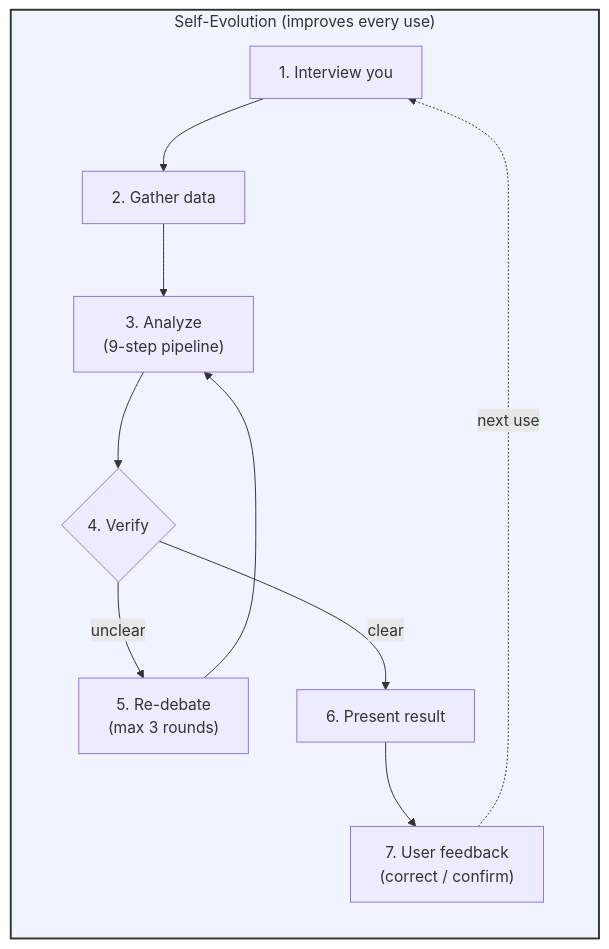
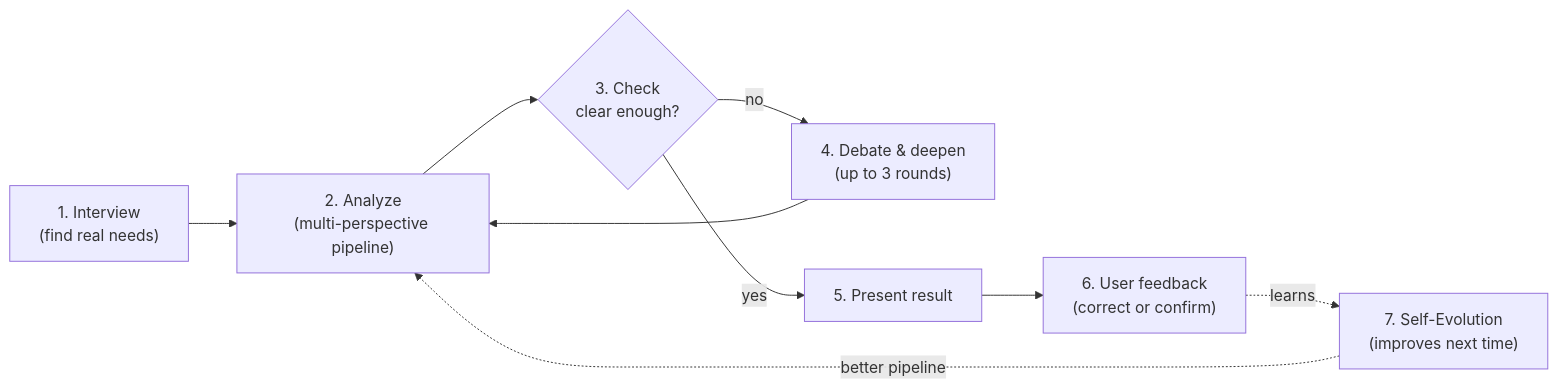
The diagram in README.md (ljjluke/ponder-skill), drawn with Mermaid before and after one commit. The commit also changed 1 other file, not shown here.

Commit message:
docs: 架构图精简为7步高层视图
- 1访谈→2分析→3核验→4深挖→5呈现→6反馈→7进化
- 7步线性流程, 清晰易懂
- 不再展开9步管道等内部细节
- 中英文同步

````diff
--- a/README.md
+++ b/README.md
@@ -43,15 +43,11 @@
 ```mermaid
-flowchart TB
-    subgraph Evolution["Self-Evolution (improves every use)"]
-        direction TB
-        A["1. Interview you"] --> B["2. Gather data"]
-        B --> C["3. Analyze<br/>(9-step pipeline)"]
-        C --> D{"4. Verify"}
-        D -->|unclear| E["5. Re-debate<br/>(max 3 rounds)"]
-        E --> C
-        D -->|clear| F["6. Present result"]
-        F --> G["7. User feedback<br/>(correct / confirm)"]
-        G -.->|next use| A
-    end
-    style Evolution fill:#f0f4ff,stroke:#333,stroke-width:2px
+flowchart LR
+    A["1. Interview<br/>(find real needs)"] --> B["2. Analyze<br/>(multi-perspective pipeline)"]
+    B --> C{"3. Check<br/>clear enough?"}
+    C -->|no| D["4. Debate & deepen<br/>(up to 3 rounds)"]
+    D --> B
+    C -->|yes| E["5. Present result"]
+    E --> F["6. User feedback<br/>(correct or confirm)"]
+    F -.->|learns| G["7. Self-Evolution<br/>(improves next time)"]
+    G -.->|better pipeline| B
 ```
````
